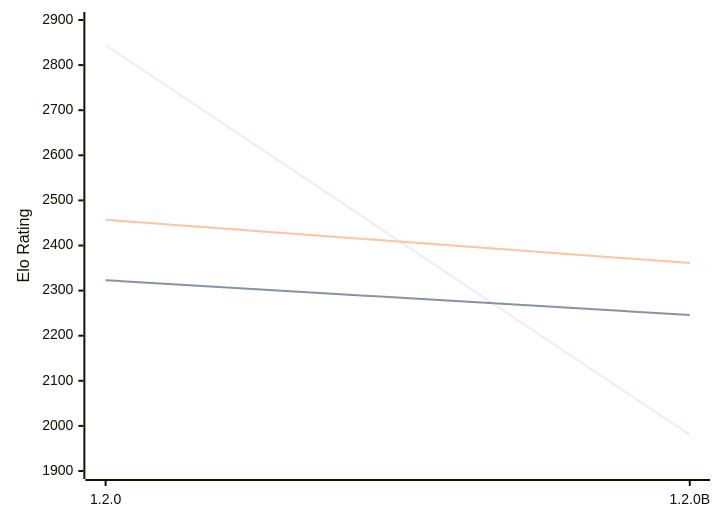
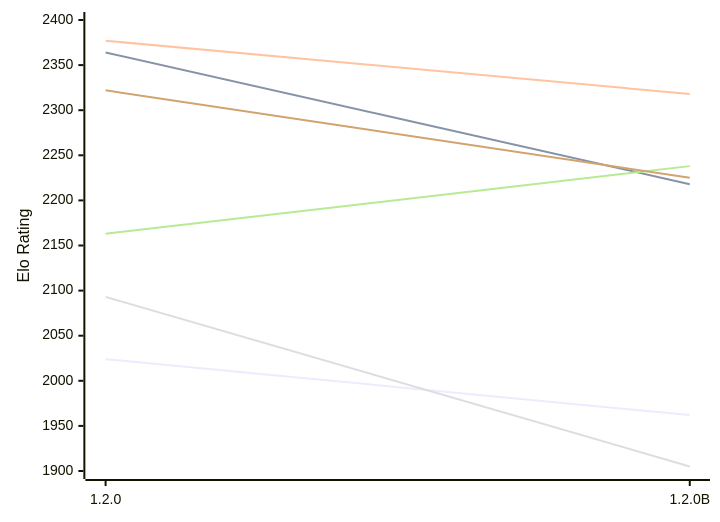
One commit to computer-chess-index/cci changed the first of 2 diagrams in engines/Soomi.md. Above: the diagram before and after it, drawn with Mermaid. The commit also changed other lines of this file, not shown here.

Commit message:
Update CCI Ratings (ELO VLTC) - 2026-11-13

````diff
--- a/engines/Soomi.md
+++ b/engines/Soomi.md
@@ -53,12 +53,12 @@
 ```mermaid
 %%{init: {"theme":"base","themeVariables":{"seriesColors:['#a3a3a3','#222221','#faa371']}}}%%
 xychart-beta
   x-axis ["1.2.0", "1.2.0B"]
-  y-axis "Elo Rating" 1900 --> 2900
-  line "E1: STC (8.0+0.08s)" [2844, 1980]
-  line "E1: LTC (60.0+0.60s)" [2323, 2246]
-  line "E1: VLTC (2m24s+1.12s)" [2457, 2361]
-  line "P1: STC (8.0+0.08s)" [2001]
-  line "P1: LTC (60.0+0.60s)" [2365]
-  line "P1: VLTC (2m24s+1.12s)" [2349]
+  y-axis "Elo Rating" 1900 --> 2400
+  line "E1: STC (8.0+0.08s)" [2024, 1962]
+  line "E1: LTC (60.0+0.60s)" [2364, 2218]
+  line "E1: VLTC (2m24s+1.12s)" [2377, 2318]
+  line "P1: STC (8.0+0.08s)" [2093, 1905]
+  line "P1: LTC (60.0+0.60s)" [2163, 2238]
+  line "P1: VLTC (2m24s+1.12s)" [2322, 2225]
 ```
````
